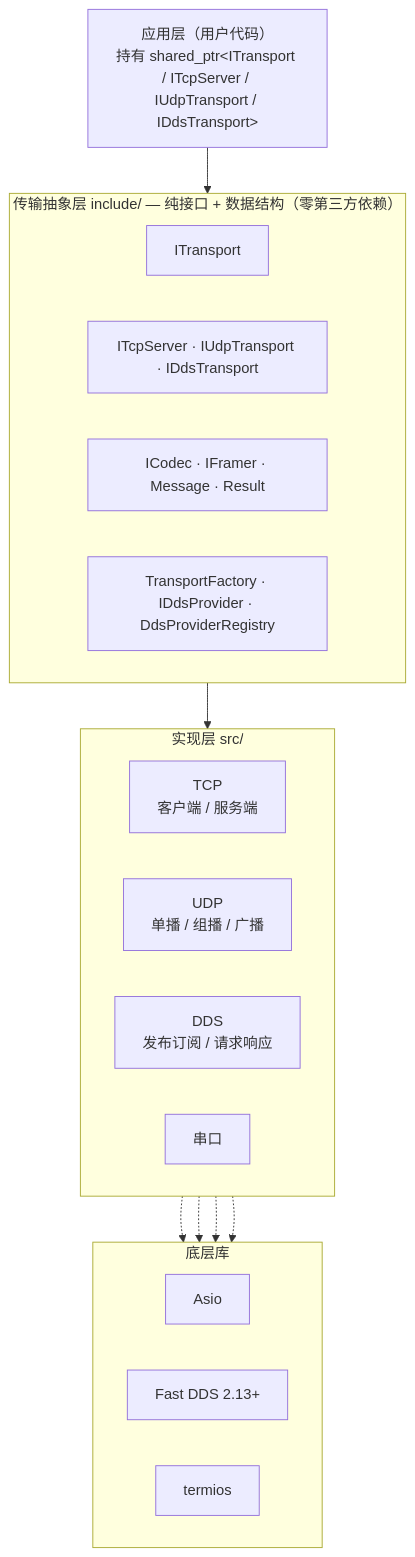
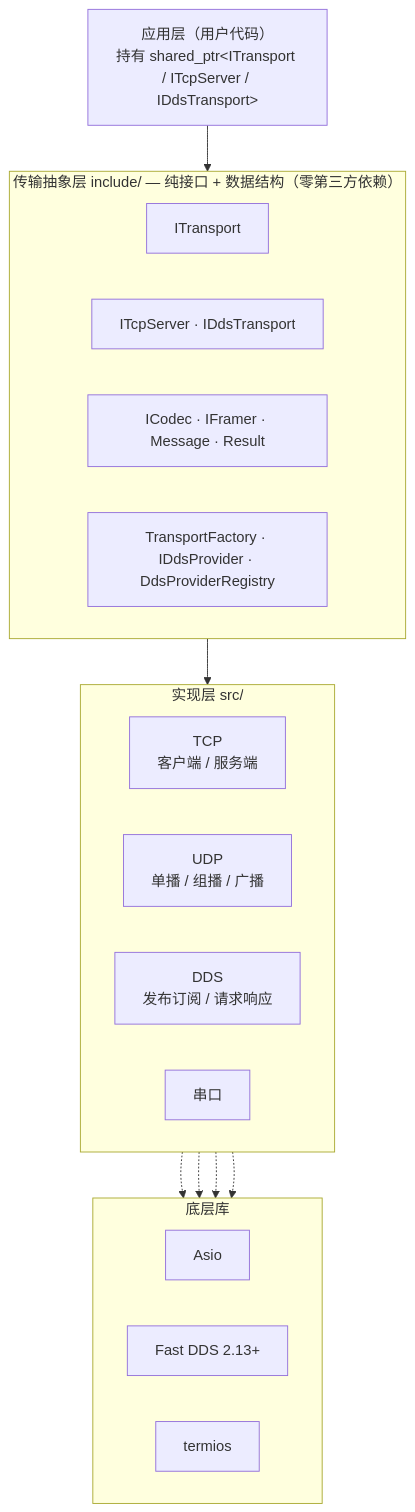
Before and after one commit to Ste7an-cs/Transport: the first of 5 diagrams in docs/superpowers/specs/2026-06-09-transport-middleware-design.md, drawn with Mermaid. The commit also changed other lines of this file and 3 other files, not shown here.

Commit message:
docs: Endpoint 统一寻址同步 README/主 spec/as-built(删 IUdpTransport 与 DDS 双参 Send 文档面)

````diff
--- a/docs/superpowers/specs/2026-06-09-transport-middleware-design.md
+++ b/docs/superpowers/specs/2026-06-09-transport-middleware-design.md
@@ -38,34 +39,34 @@
 ```mermaid
 flowchart TB
-  App["应用层（用户代码）<br/>持有 shared_ptr&lt;ITransport / ITcpServer / IUdpTransport / IDdsTransport&gt;"]
+  App["应用层（用户代码）<br/>持有 shared_ptr&lt;ITransport / ITcpServer / IDdsTransport&gt;"]
 
   subgraph Abstraction["传输抽象层 include/ — 纯接口 + 数据结构（零第三方依赖）"]
     direction LR
     A1["ITransport"]
-    A2["ITcpServer · IUdpTransport · IDdsTransport"]
+    A2["ITcpServer · IDdsTransport"]
     A3["ICodec · IFramer · Message · Result"]
     A4["TransportFactory · IDdsProvider · DdsProviderRegistry"]
   end
 
   subgraph Impl["实现层 src/"]
     direction LR
     TCP["TCP<br/>客户端 / 服务端"]
     UDP["UDP<br/>单播 / 组播 / 广播"]
     DDS["DDS<br/>发布订阅 / 请求响应"]
     Serial["串口"]
   end
 
   subgraph Libs["底层库"]
     direction LR
     asio["Asio"]
     fastdds["Fast DDS 2.13+"]
     termios["termios"]
   end
 
   App --> Abstraction
   Abstraction --> Impl
   TCP -.-> asio
   UDP -.-> asio
   DDS -.-> fastdds
   Serial -.-> termios
 ```
````
